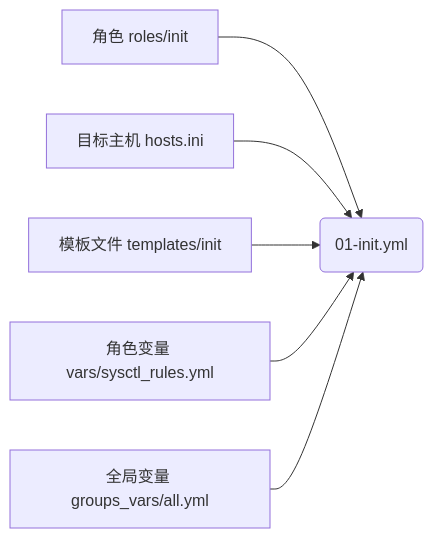
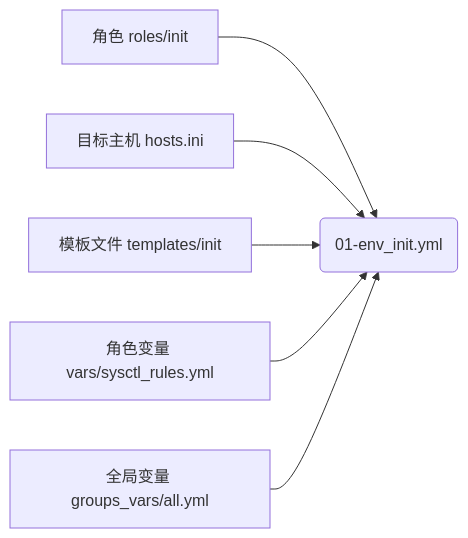
The diagram in docs/content/step-by-step/01-preface.md (bottlelee/ansible-elk-deploy), drawn with Mermaid before and after one commit. The commit also changed other lines of this file and 13 other files, not shown here.

```diff
--- a/docs/content/step-by-step/01-preface.md
+++ b/docs/content/step-by-step/01-preface.md
@@ -50,9 +50,9 @@
 {{<mermaid align="left">}}
 graph LR;
-    Playbook(01-init.yml)
+    Playbook(01-env_init.yml)
     role[角色 roles/init] --> Playbook
     hosts[目标主机 hosts.ini] --> Playbook
     template[模板文件 templates/init] --> Playbook
     var1[角色变量 vars/sysctl_rules.yml] --> Playbook
     var2[全局变量 groups_vars/all.yml] --> Playbook
 {{< /mermaid >}}
```
